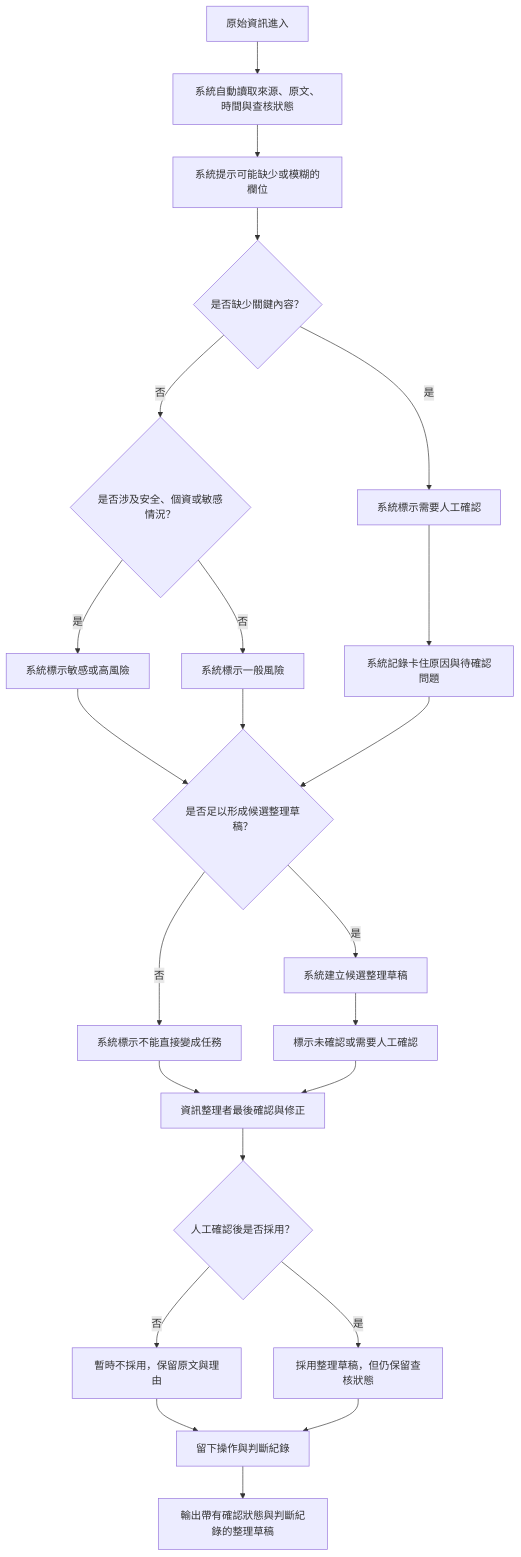
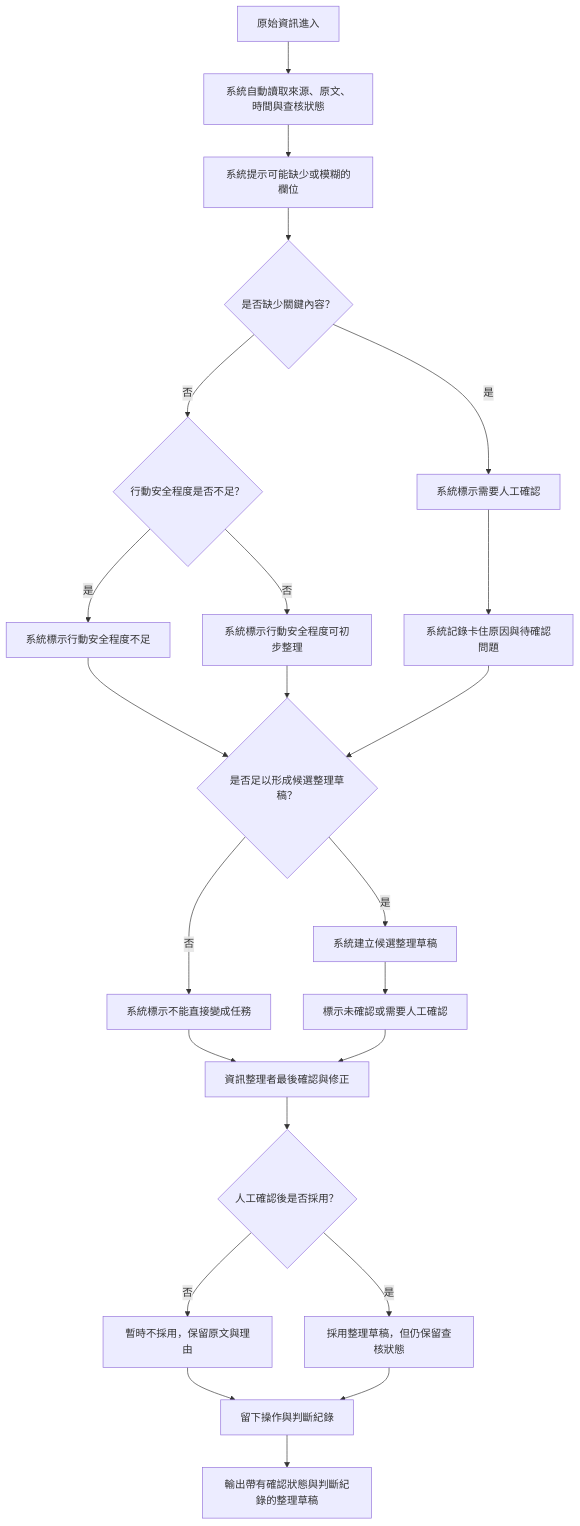
Before and after one commit to SITCON-Camp-2026/t7-m4-se-disaster: the diagram in docs/flow.md, drawn with Mermaid. The commit also changed other lines of this file and 1 other file, not shown here.

Commit message:
feat: update flow and AI log documentation to emphasize action safety and clarify risk assessment processes

````diff
--- a/docs/flow.md
+++ b/docs/flow.md
@@ -30,25 +30,25 @@
 ```mermaid
 flowchart TD
   A[原始資訊進入] --> B[系統自動讀取來源、原文、時間與查核狀態]
   B --> C[系統提示可能缺少或模糊的欄位]
   C --> D{是否缺少關鍵內容？}
   D -->|是| E[系統標示需要人工確認]
-  D -->|否| F{是否涉及安全、個資或敏感情況？}
-  F -->|是| G[系統標示敏感或高風險]
-  F -->|否| H[系統標示一般風險]
+  D -->|否| F{行動安全程度是否不足？}
+  F -->|是| G[系統標示行動安全程度不足]
+  F -->|否| H[系統標示行動安全程度可初步整理]
   E --> I[系統記錄卡住原因與待確認問題]
   G --> J{是否足以形成候選整理草稿？}
   H --> J
   I --> J
   J -->|否| K[系統標示不能直接變成任務]
   J -->|是| L[系統建立候選整理草稿]
   L --> M[標示未確認或需要人工確認]
   K --> N[資訊整理者最後確認與修正]
   M --> N
   N --> O{人工確認後是否採用？}
   O -->|否| P[暫時不採用，保留原文與理由]
   O -->|是| Q[採用整理草稿，但仍保留查核狀態]
   P --> R[留下操作與判斷紀錄]
   Q --> R
   R --> S[輸出帶有確認狀態與判斷紀錄的整理草稿]
 ```
````
